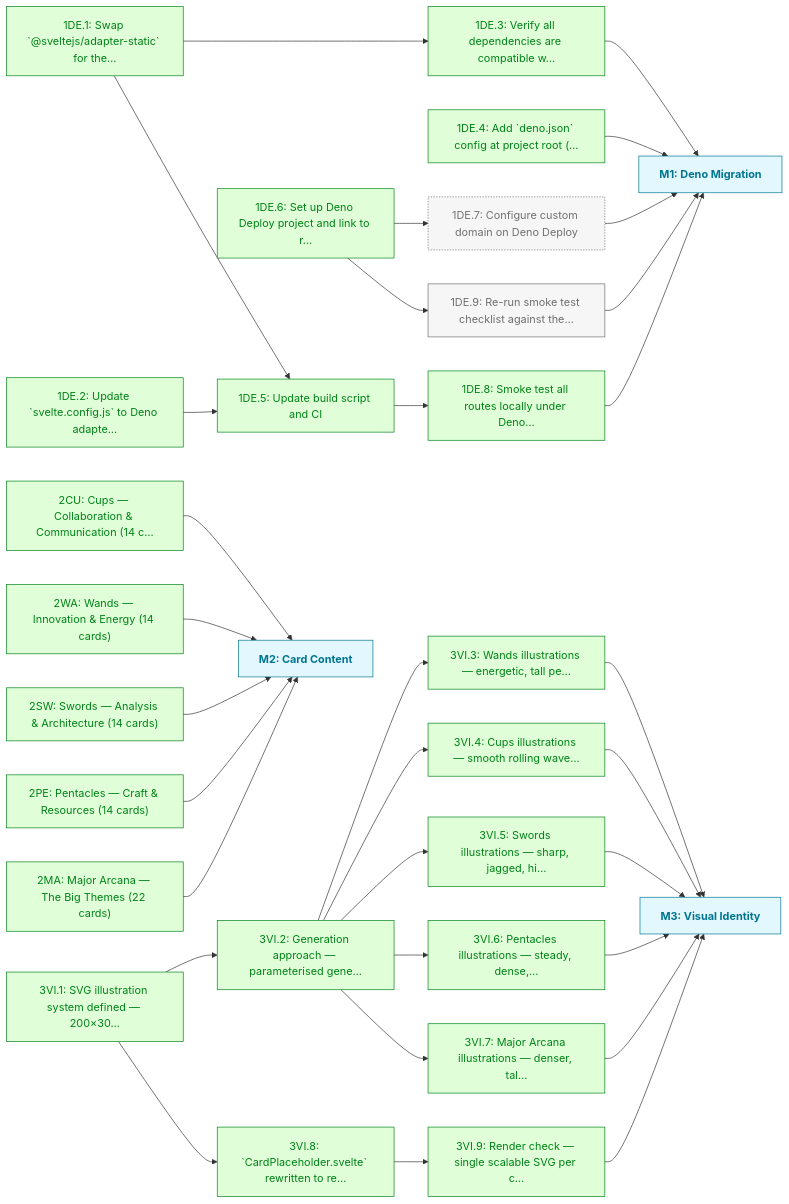
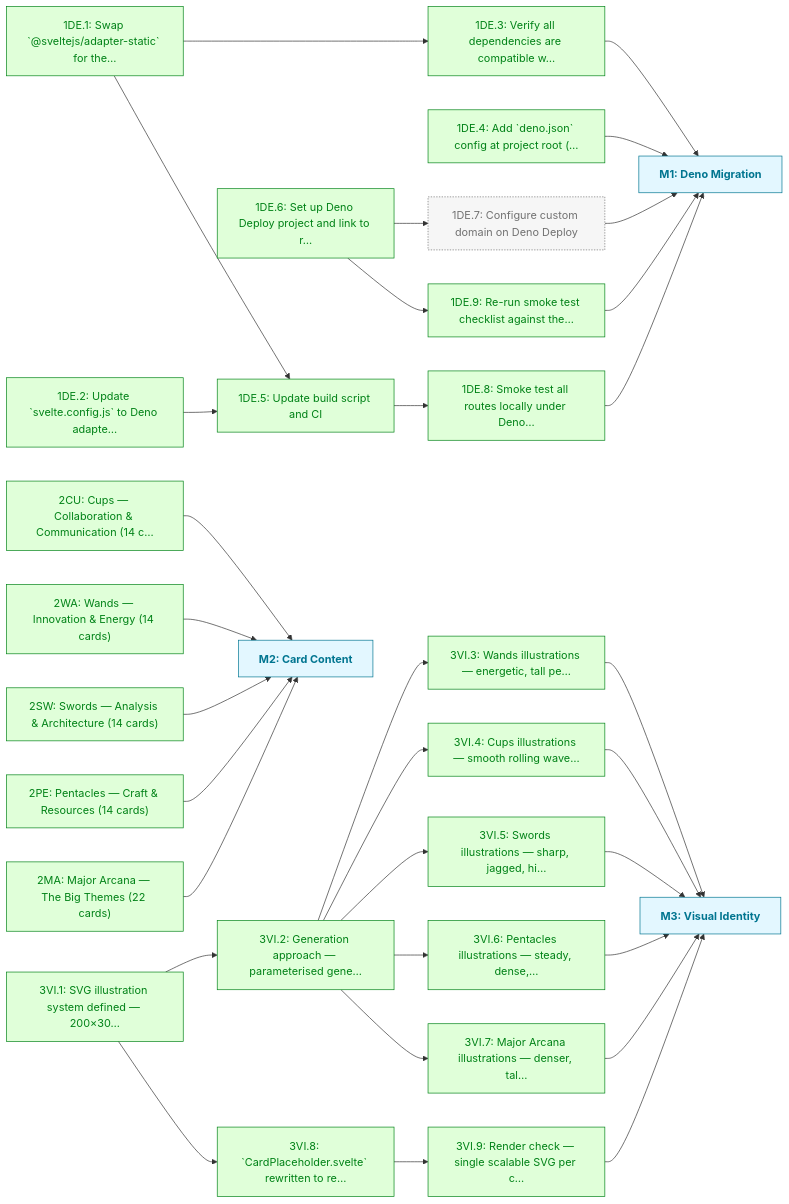
One commit to JasonWarrenUK/code-arcana changed the diagram in docs/roadmaps/mvp.md. Above: the diagram before and after it, drawn with Mermaid. The commit also changed other lines of this file and 3 other files, not shown here.

First line of the commit message:
chore(roadmap): mark 1DE.9 done

````diff
--- a/docs/roadmaps/mvp.md
+++ b/docs/roadmaps/mvp.md
@@ -63,71 +63,70 @@
 ```mermaid
 graph LR
 	classDef todo fill:#f6f6f6,stroke:#6f6f6f,color:#6f6f6f
 	classDef inProgress fill:#e8f2ff,stroke:#0071af,color:#0071af
 	classDef blocked fill:#fff8f6,stroke:#e0002b,color:#e0002b,stroke-width:2px
 	classDef paused fill:#fdf4ff,stroke:#b01fe3,color:#b01fe3,stroke-dasharray:4 3
 	classDef deferred fill:#fff8f3,stroke:#ac5c00,color:#ac5c00,stroke-dasharray:2 4,font-style:italic
 	classDef done fill:#e0ffd9,stroke:#008217,color:#008217
 	classDef outOfScope fill:#f6f6f6,stroke:#717171,color:#717171,stroke-dasharray:2 2
 	classDef mile fill:#e3f7ff,stroke:#007590,color:#007590,font-weight:bold
 	classDef external fill:#fff9e5,stroke:#7d6f00,color:#7d6f00,stroke-dasharray:4 3,font-style:italic
 	1DE.1["1DE.1: Swap `@sveltejs/adapter-static` for the…"]
 	1DE.2["1DE.2: Update `svelte.config.js` to Deno adapte…"]
 	1DE.3["1DE.3: Verify all dependencies are compatible w…"]
 	1DE.4["1DE.4: Add `deno.json` config at project root (…"]
 	1DE.5["1DE.5: Update build script and CI"]
 	1DE.6["1DE.6: Set up Deno Deploy project and link to r…"]
 	1DE.7["1DE.7: Configure custom domain on Deno Deploy"]
 	1DE.8["1DE.8: Smoke test all routes locally under Deno…"]
 	1DE.9["1DE.9: Re-run smoke test checklist against the…"]
 	M1["M1: Deno Migration"]:::mile
 	2CU["2CU: Cups — Collaboration & Communication (14 c…"]
 	2WA["2WA: Wands — Innovation & Energy (14 cards)"]
 	2SW["2SW: Swords — Analysis & Architecture (14 cards)"]
 	2PE["2PE: Pentacles — Craft & Resources (14 cards)"]
 	2MA["2MA: Major Arcana — The Big Themes (22 cards)"]
 	M2["M2: Card Content"]:::mile
 	3VI.1["3VI.1: SVG illustration system defined — 200×30…"]
 	3VI.2["3VI.2: Generation approach — parameterised gene…"]
 	3VI.3["3VI.3: Wands illustrations — energetic, tall pe…"]
 	3VI.4["3VI.4: Cups illustrations — smooth rolling wave…"]
 	3VI.5["3VI.5: Swords illustrations — sharp, jagged, hi…"]
 	3VI.6["3VI.6: Pentacles illustrations — steady, dense,…"]
 	3VI.7["3VI.7: Major Arcana illustrations — denser, tal…"]
 	3VI.8["3VI.8: `CardPlaceholder.svelte` rewritten to re…"]
 	3VI.9["3VI.9: Render check — single scalable SVG per c…"]
 	M3["M3: Visual Identity"]:::mile
 	1DE.1 --> 1DE.3
 	1DE.1 --> 1DE.5
 	1DE.2 --> 1DE.5
 	1DE.3 --> M1
 	1DE.4 --> M1
 	1DE.5 --> 1DE.8
 	1DE.6 --> 1DE.7
 	1DE.6 --> 1DE.9
 	1DE.7 --> M1
 	1DE.8 --> M1
 	1DE.9 --> M1
 	2CU --> M2
 	2WA --> M2
 	2SW --> M2
 	2PE --> M2
 	2MA --> M2
 	3VI.1 --> 3VI.2
 	3VI.1 --> 3VI.8
 	3VI.2 --> 3VI.3
 	3VI.2 --> 3VI.4
 	3VI.2 --> 3VI.5
 	3VI.2 --> 3VI.6
 	3VI.2 --> 3VI.7
 	3VI.3 --> M3
 	3VI.4 --> M3
 	3VI.5 --> M3
 	3VI.6 --> M3
 	3VI.7 --> M3
 	3VI.8 --> 3VI.9
 	3VI.9 --> M3
-	class 1DE.9 todo
-	class 1DE.1,1DE.2,1DE.3,1DE.4,1DE.5,1DE.6,1DE.8,2CU,2MA,2PE,2SW,2WA,3VI.1,3VI.2,3VI.3,3VI.4,3VI.5,3VI.6,3VI.7,3VI.8,3VI.9 done
+	class 1DE.1,1DE.2,1DE.3,1DE.4,1DE.5,1DE.6,1DE.8,1DE.9,2CU,2MA,2PE,2SW,2WA,3VI.1,3VI.2,3VI.3,3VI.4,3VI.5,3VI.6,3VI.7,3VI.8,3VI.9 done
 	class 1DE.7 outOfScope
 ```
````
